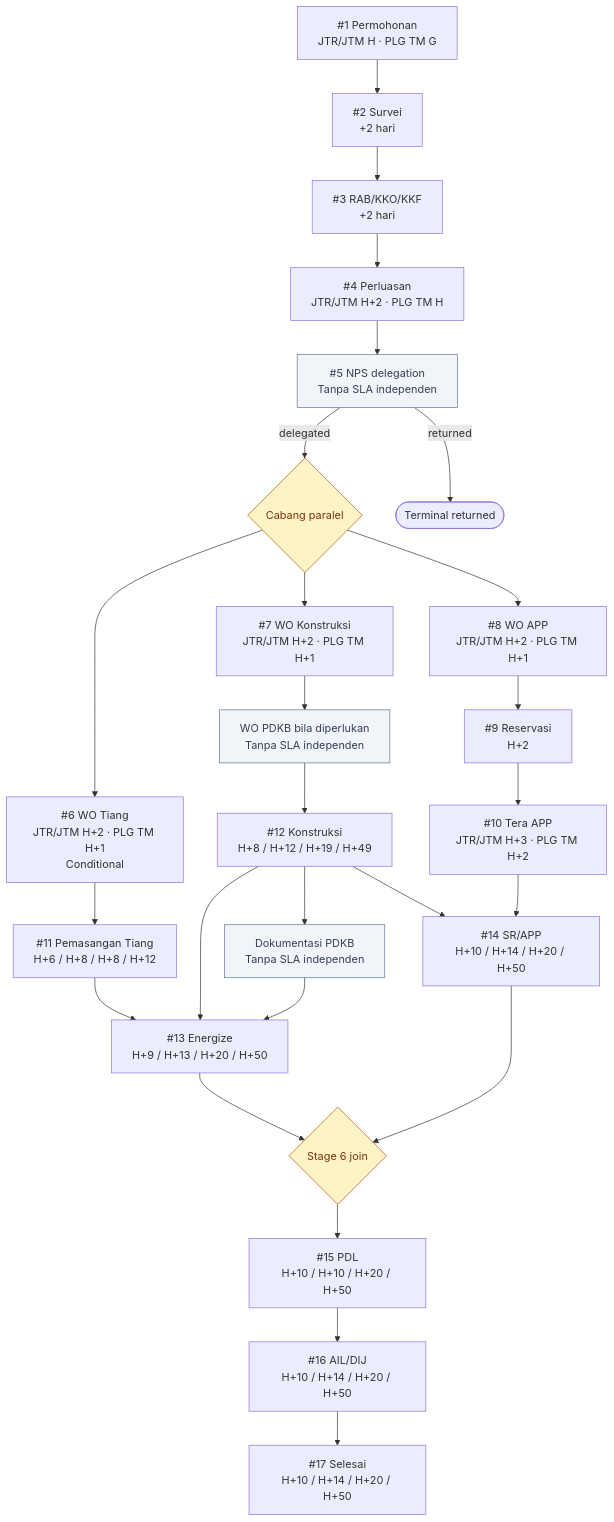
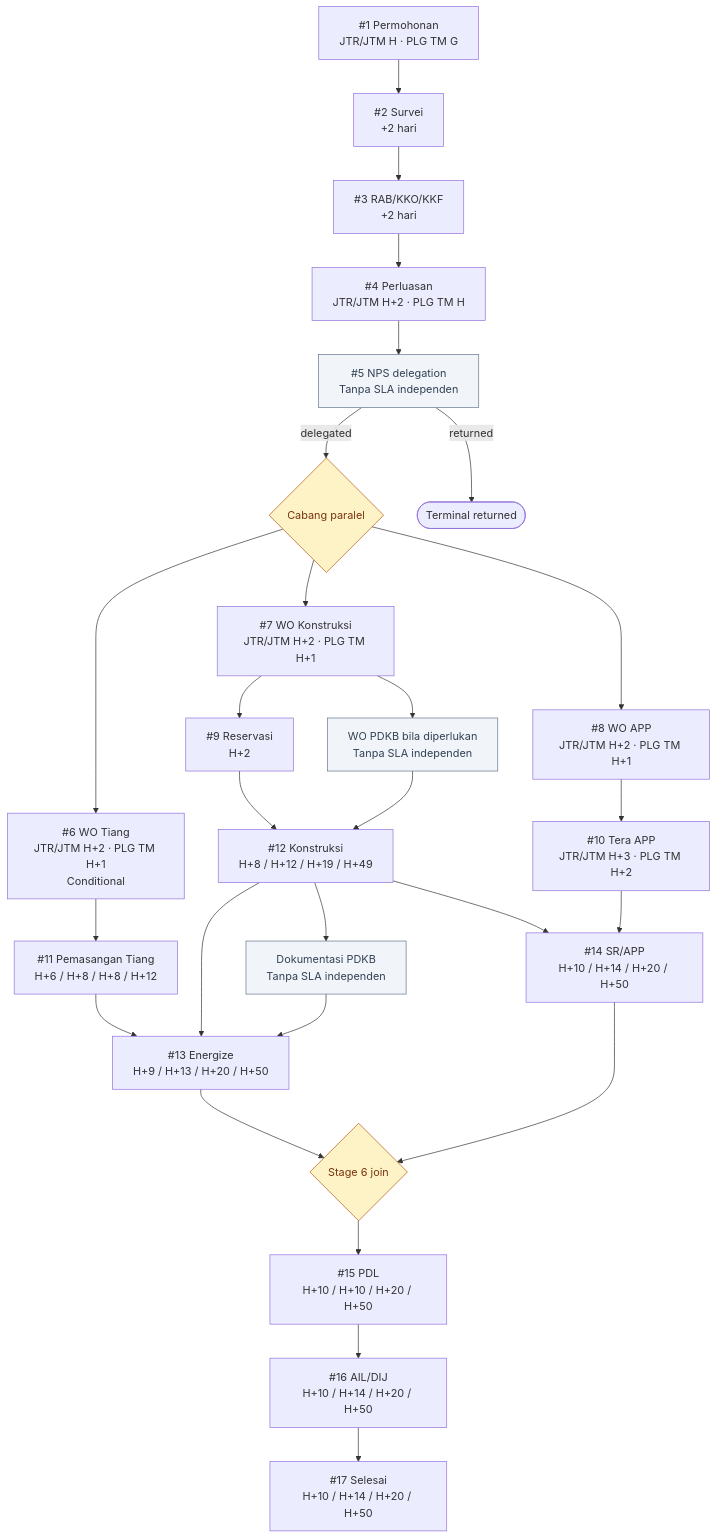
Before and after one commit to pln-colabora/colabora-be: the diagram in docs/architecture/diagrams/10-sla-critical-path.md, drawn with Mermaid. The commit also changed 14 other files, not shown here.

````diff
--- a/docs/architecture/diagrams/10-sla-critical-path.md
+++ b/docs/architecture/diagrams/10-sla-critical-path.md
@@ -9,28 +9,29 @@
 ```mermaid
 flowchart TB
   start["#1 Permohonan<br/>JTR/JTM H · PLG TM G"] --> planning["#2 Survei<br/>+2 hari"] --> rab["#3 RAB/KKO/KKF<br/>+2 hari"] --> expansion["#4 Perluasan<br/>JTR/JTM H+2 · PLG TM H"]
   expansion --> decision["#5 NPS delegation<br/>Tanpa SLA independen"]
 
   decision -->|delegated| parallel_start{"Cabang paralel"}
   decision -->|returned| returned(["Terminal returned"])
   parallel_start --> pole["#6 WO Tiang<br/>JTR/JTM H+2 · PLG TM H+1<br/>Conditional"]
   parallel_start --> construction_wo["#7 WO Konstruksi<br/>JTR/JTM H+2 · PLG TM H+1"]
   parallel_start --> app["#8 WO APP<br/>JTR/JTM H+2 · PLG TM H+1"]
-  app --> reserve["#9 Reservasi<br/>H+2"] --> tera["#10 Tera APP<br/>JTR/JTM H+3 · PLG TM H+2"]
+  app --> tera["#10 Tera APP<br/>JTR/JTM H+3 · PLG TM H+2"]
   pole --> install_pole["#11 Pemasangan Tiang<br/>H+6 / H+8 / H+8 / H+12"]
-  construction_wo --> support["WO PDKB bila diperlukan<br/>Tanpa SLA independen"] --> construction["#12 Konstruksi<br/>H+8 / H+12 / H+19 / H+49"]
+  construction_wo --> reserve["#9 Reservasi<br/>H+2"] --> construction["#12 Konstruksi<br/>H+8 / H+12 / H+19 / H+49"]
+  construction_wo --> support["WO PDKB bila diperlukan<br/>Tanpa SLA independen"] --> construction
   construction --> pdkb["Dokumentasi PDKB<br/>Tanpa SLA independen"]
   install_pole --> energize["#13 Energize<br/>H+9 / H+13 / H+20 / H+50"]
   construction --> energize
   pdkb --> energize
   construction --> srapp["#14 SR/APP<br/>H+10 / H+14 / H+20 / H+50"]
   tera --> srapp
   energize --> join{"Stage 6 join"}
   srapp --> join
   join --> pdl["#15 PDL<br/>H+10 / H+10 / H+20 / H+50"] --> ail["#16 AIL/DIJ<br/>H+10 / H+14 / H+20 / H+50"] --> done["#17 Selesai<br/>H+10 / H+14 / H+20 / H+50"]
 
   classDef noSla fill:#f1f5f9,stroke:#64748b,color:#334155
   classDef join fill:#fef3c7,stroke:#b45309,color:#78350f
   class decision,support,pdkb noSla
   class parallel_start,join join
 ```
````
